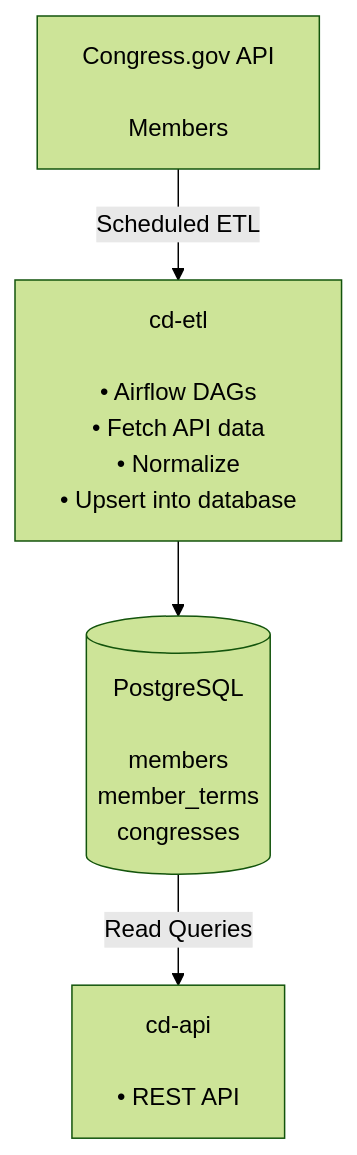
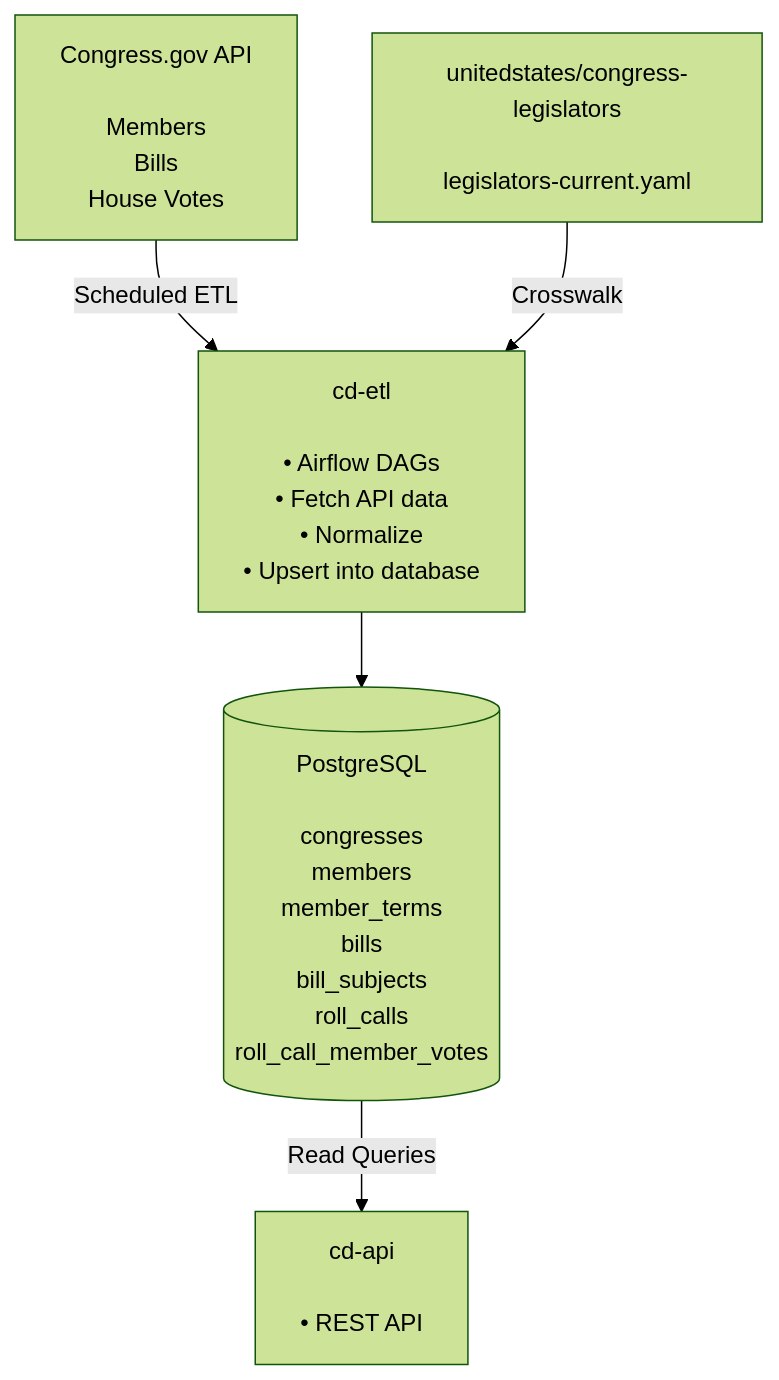
Before and after one commit to rchacon/cd-platform: the diagram in README.md, drawn with Mermaid (forest theme).

Commit message:
Update root README's architecture diagram for bills/votes/crosswalk
The diagram still showed cd-etl's original scope (Members only, 3
tables) from before #47/#50/#53/#54 added bills/votes syncing and the
legislators-current.yaml crosswalk. Now lists what the Congress.gov
API is actually used for (Members, Bills, House Votes), the separate
unitedstates/congress-legislators crosswalk source (not part of
api.congress.gov, per AGENTS.md), and all 7 current tables.

````diff
--- a/README.md
+++ b/README.md
@@ -7,6 +7,7 @@
 ```mermaid
 graph TD
-    A["Congress.gov API<br/><br/>Members"] -->|Scheduled ETL| B["cd-etl<br/><br/>• Airflow DAGs<br/>• Fetch API data<br/>• Normalize<br/>• Upsert into database"]
-    B --> C[("PostgreSQL<br/><br/>members<br/>member_terms<br/>congresses")]
+    A["Congress.gov API<br/><br/>Members<br/>Bills<br/>House Votes"] -->|Scheduled ETL| B["cd-etl<br/><br/>• Airflow DAGs<br/>• Fetch API data<br/>• Normalize<br/>• Upsert into database"]
+    E["unitedstates/congress-legislators<br/><br/>legislators-current.yaml"] -->|Crosswalk| B
+    B --> C[("PostgreSQL<br/><br/>congresses<br/>members<br/>member_terms<br/>bills<br/>bill_subjects<br/>roll_calls<br/>roll_call_member_votes")]
     C -->|Read Queries| D["cd-api<br/><br/>• REST API"]
 ```
````
